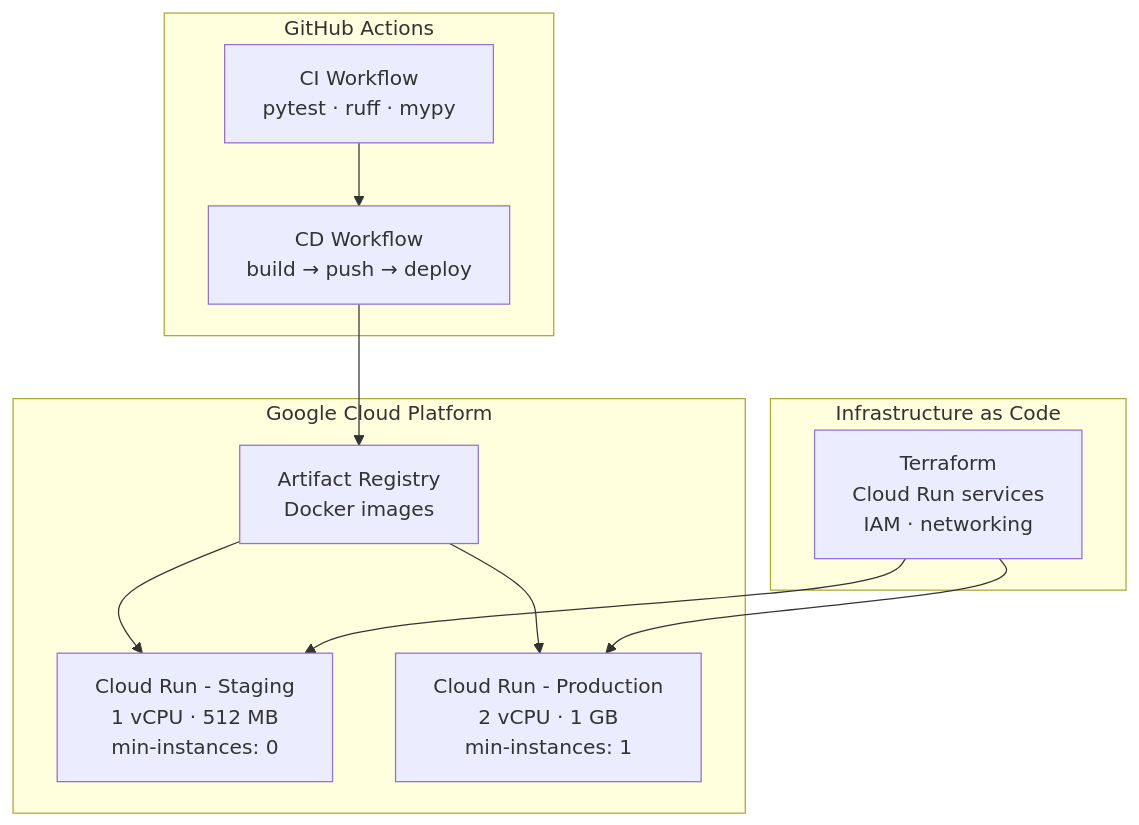
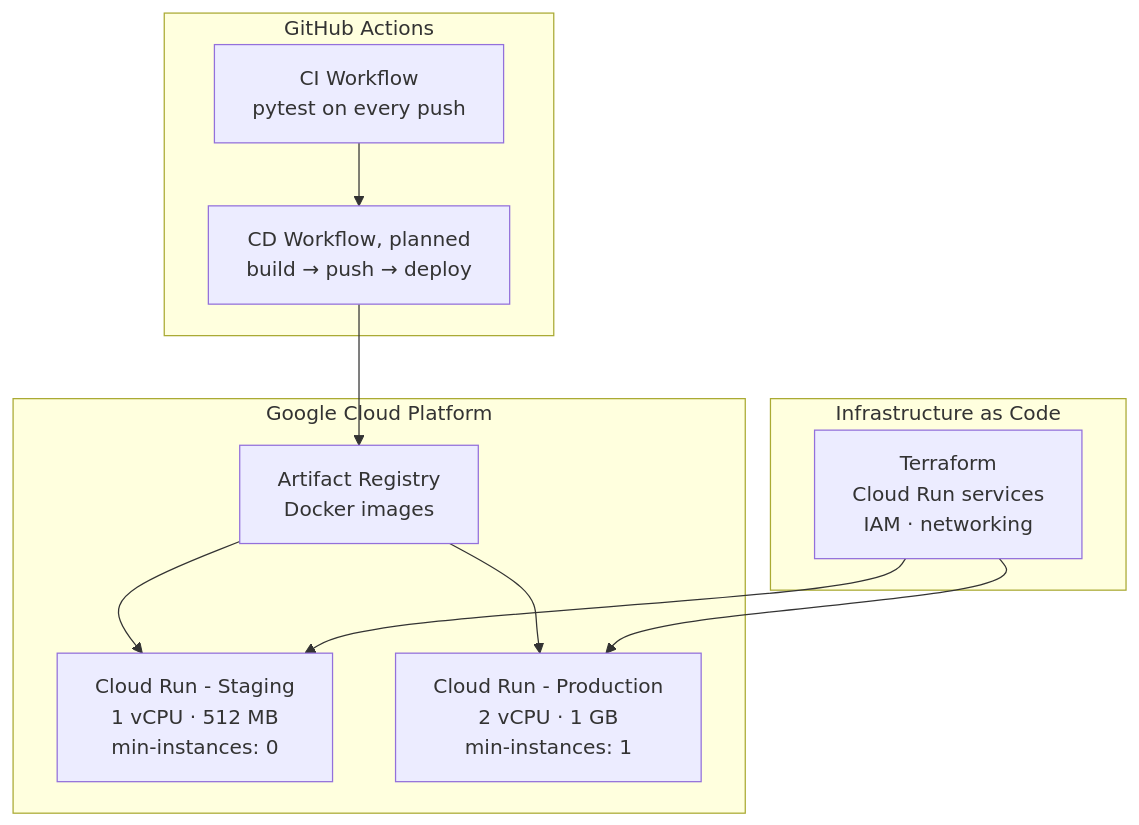
Before and after one commit to Rithwik23M/AlertIQ: the third of 4 diagrams in README.md, drawn with Mermaid. The commit also changed other lines of this file and 13 other files, not shown here.

````diff
--- a/README.md
+++ b/README.md
@@ -93,24 +93,24 @@
 ```mermaid
 graph TB
     subgraph GCP["Google Cloud Platform"]
         CR_S[Cloud Run  -  Staging<br/>1 vCPU · 512 MB<br/>min-instances: 0]
         CR_P[Cloud Run  -  Production<br/>2 vCPU · 1 GB<br/>min-instances: 1]
         AR[Artifact Registry<br/>Docker images]
     end
 
     subgraph CI["GitHub Actions"]
-        CI_TEST[CI Workflow<br/>pytest · ruff · mypy]
-        CD_FLOW[CD Workflow<br/>build → push → deploy]
+        CI_TEST[CI Workflow<br/>pytest on every push]
+        CD_FLOW[CD Workflow, planned<br/>build → push → deploy]
     end
 
     subgraph IaC["Infrastructure as Code"]
         TF[Terraform<br/>Cloud Run services<br/>IAM · networking]
     end
 
     CI_TEST --> CD_FLOW
     CD_FLOW --> AR
     AR --> CR_S
     AR --> CR_P
     TF --> CR_P
     TF --> CR_S
 ```
````
